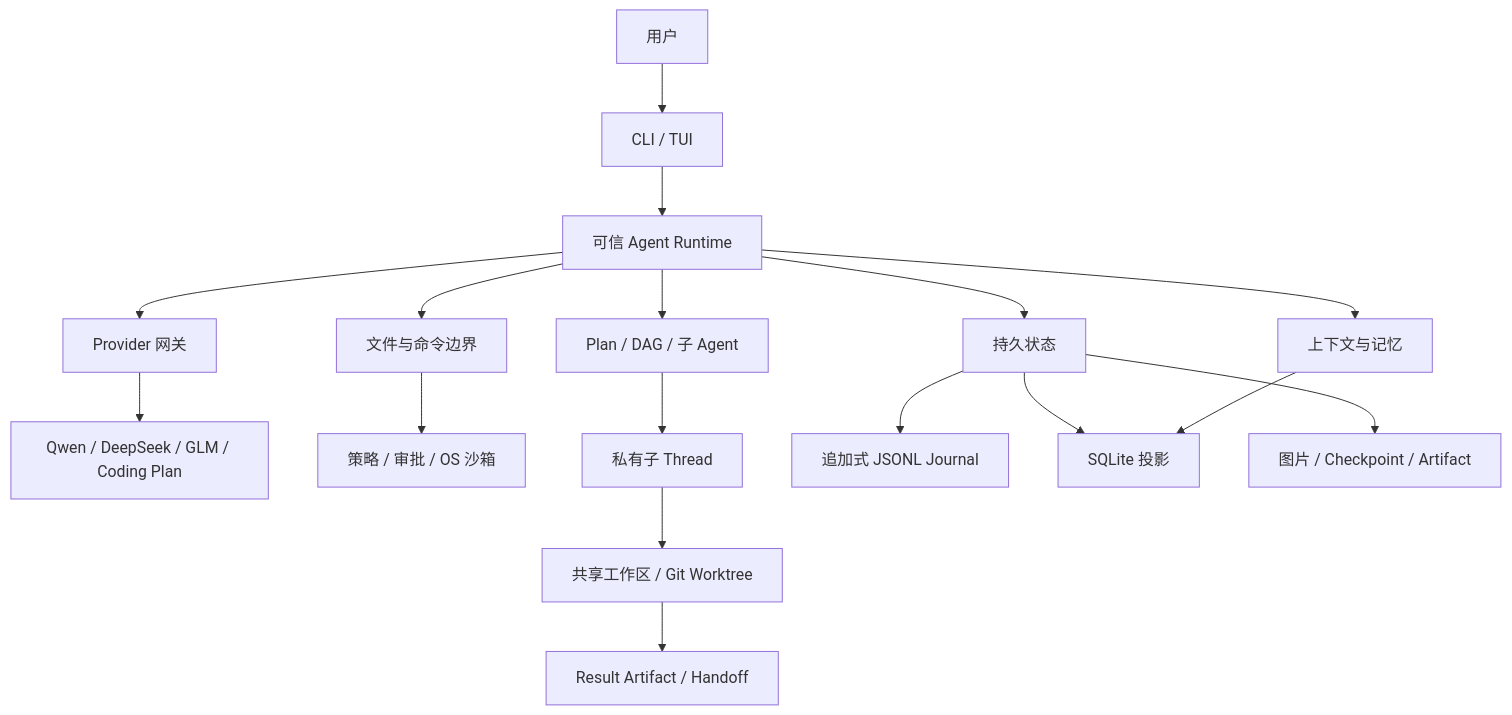
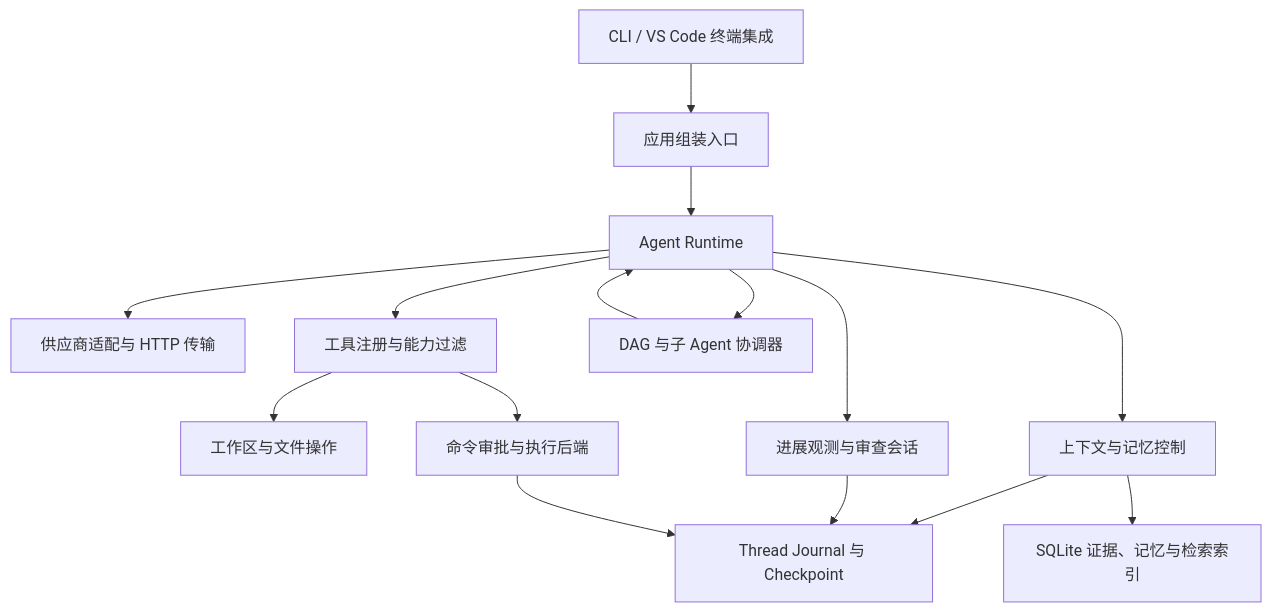
The diagram in docs/TECHNICAL_DESIGN_ZH.md (dd1000001000/EASY_CODE), drawn with Mermaid before and after one commit. The commit also changed other lines of this file and 3 other files, not shown here.

````diff
--- a/docs/TECHNICAL_DESIGN_ZH.md
+++ b/docs/TECHNICAL_DESIGN_ZH.md
@@ -28,19 +13,17 @@
 ```mermaid
-flowchart TB
-    User[用户] --> UI[CLI / TUI]
-    UI --> Runtime[可信 Agent Runtime]
-    Runtime --> Context[上下文与记忆]
-    Runtime --> Provider[Provider 网关]
-    Runtime --> Tools[文件与命令边界]
-    Runtime --> Flow[Plan / DAG / 子 Agent]
-    Runtime --> State[持久状态]
-    Provider --> APIs[Qwen / DeepSeek / GLM / Coding Plan]
-    Tools --> Sandbox[策略 / 审批 / OS 沙箱]
-    Flow --> Children[私有子 Thread]
-    Children --> Env[共享工作区 / Git Worktree]
-    Env --> Artifacts[Result Artifact / Handoff]
-    State --> Journal[追加式 JSONL Journal]
-    State --> DB[SQLite 投影]
-    State --> Files[图片 / Checkpoint / Artifact]
-    Context --> DB
+flowchart TD
+    U[CLI / VS Code 终端集成] --> A[应用组装入口]
+    A --> R[Agent Runtime]
+    R --> P[供应商适配与 HTTP 传输]
+    R --> T[工具注册与能力过滤]
+    T --> F[工作区与文件操作]
+    T --> C[命令审批与执行后端]
+    R --> M[上下文与记忆控制]
+    M --> J[Thread Journal 与 Checkpoint]
+    M --> DB[SQLite 证据、记忆与检索索引]
+    R --> O[DAG 与子 Agent 协调器]
+    O --> R
+    R --> G[进展观测与审查会话]
+    G --> J
+    C --> J
 ```
````
